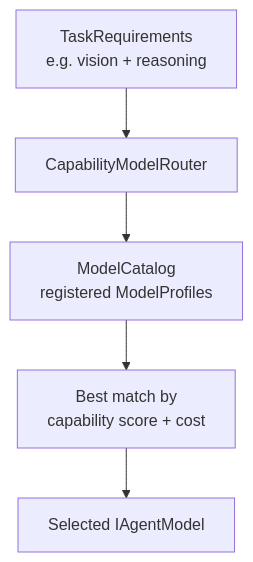
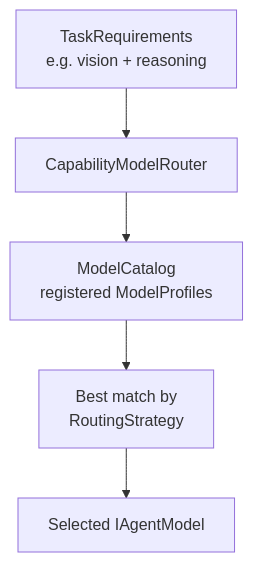
One commit to sevensamurai/Ananke changed the third of 3 diagrams in architecture/agents.md. Above: the diagram before and after it, drawn with Mermaid. The commit also changed other lines of this file and 61 other files, not shown here.

````diff
--- a/architecture/agents.md
+++ b/architecture/agents.md
@@ -70,7 +84,7 @@
 ```mermaid
 flowchart TD
     REQ[TaskRequirements<br/>e.g. vision + reasoning] --> ROUTER[CapabilityModelRouter]
     ROUTER --> CAT[ModelCatalog<br/>registered ModelProfiles]
-    CAT --> MATCH[Best match by<br/>capability score + cost]
+    CAT --> MATCH[Best match by<br/>RoutingStrategy]
     MATCH --> MODEL[Selected IAgentModel]
 ```
````
